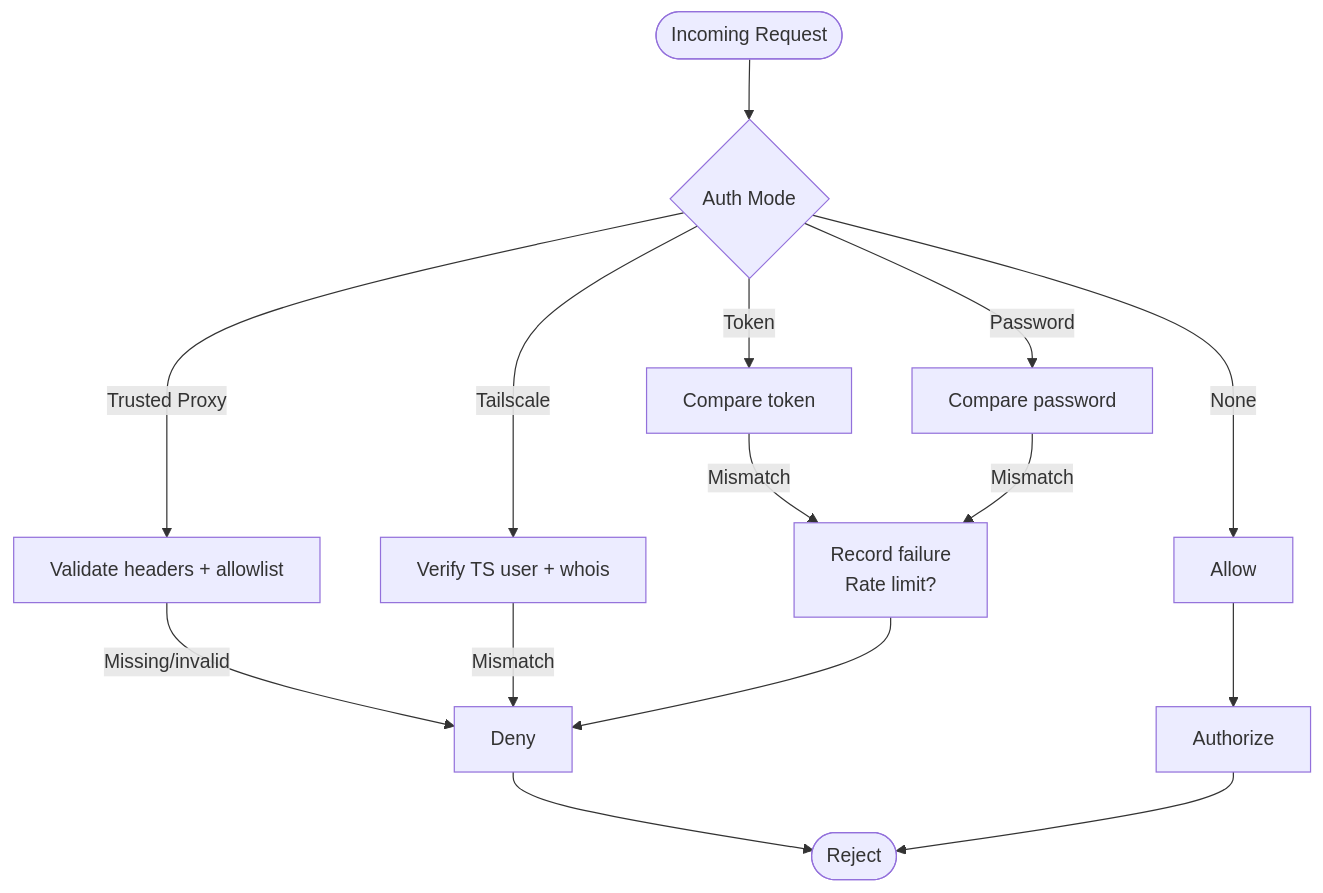
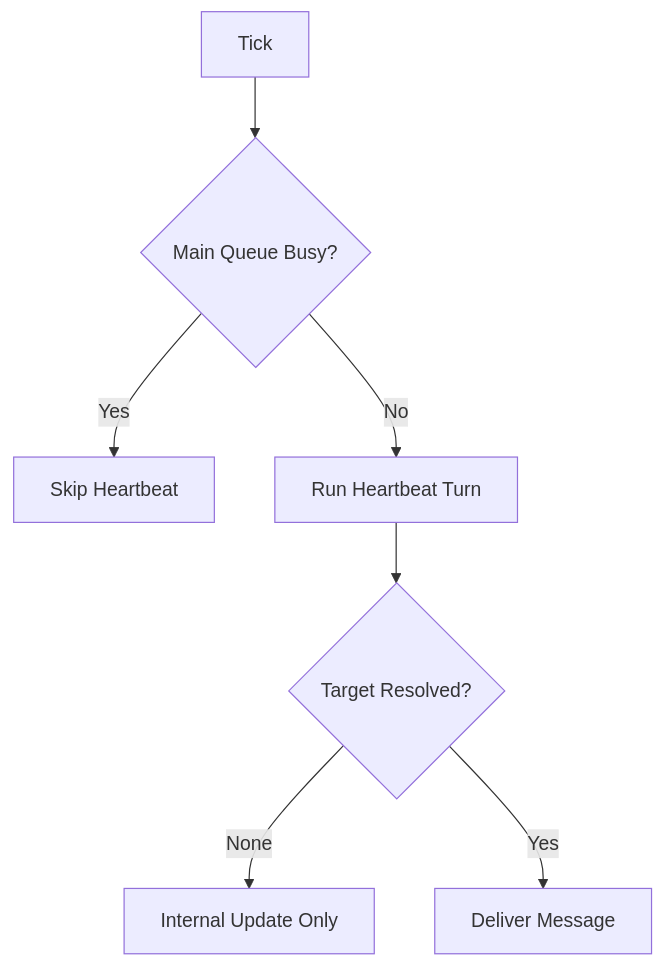
One commit to botx-work/OpenClaw-Internals changed the sixth of 10 diagrams in repowiki/en/content/Gateway System/Gateway System.md. Above: the diagram before and after it, drawn with Mermaid. The commit also changed other lines of this file and 332 other files, not shown here.

````diff
--- a/repowiki/en/content/Gateway System/Gateway System.md
+++ b/repowiki/en/content/Gateway System/Gateway System.md
@@ -189,17 +228,9 @@
 ```mermaid
 flowchart TD
-Start(["Incoming Request"]) --> Mode{"Auth Mode"}
-Mode --> |Token| CheckToken["Compare token"]
-Mode --> |Password| CheckPassword["Compare password"]
-Mode --> |Trusted Proxy| CheckProxy["Validate headers + allowlist"]
-Mode --> |Tailscale| CheckTS["Verify TS user + whois"]
-Mode --> |None| Allow["Allow"]
-CheckToken --> |Mismatch| RL["Record failure<br/>Rate limit?"]
-CheckPassword --> |Mismatch| RL
-CheckProxy --> |Missing/invalid| Deny["Deny"]
-CheckTS --> |Mismatch| Deny
-RL --> Deny
-Allow --> Ok["Authorize"]
-Deny --> End(["Reject"])
-Ok --> End
+HBStart["Tick"] --> CheckBusy{"Main Queue Busy?"}
+CheckBusy --> |Yes| Skip["Skip Heartbeat"]
+CheckBusy --> |No| Run["Run Heartbeat Turn"]
+Run --> Target{"Target Resolved?"}
+Target --> |None| Internal["Internal Update Only"]
+Target --> |Yes| Deliver["Deliver Message"]
 ```
````
